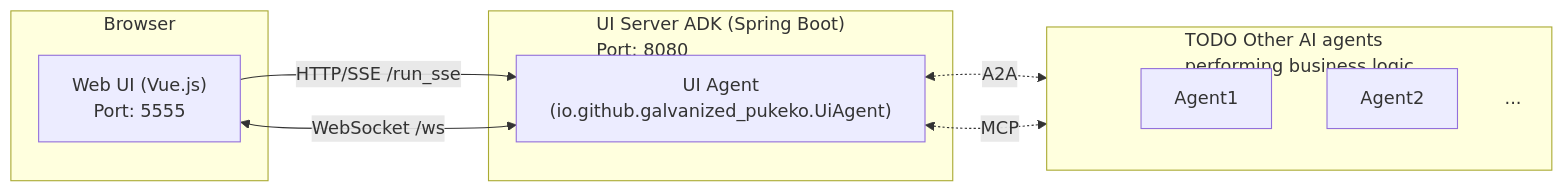
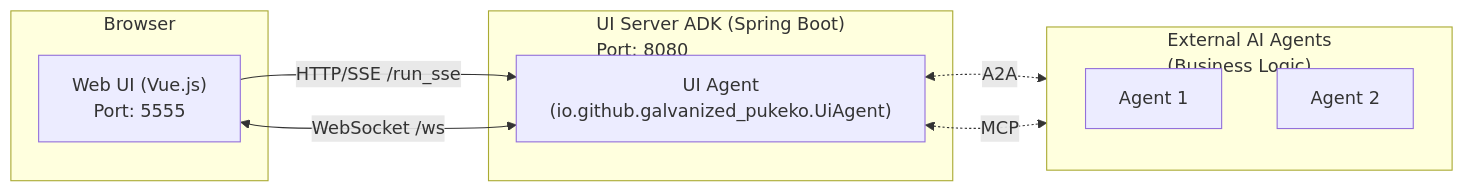
One commit to Galvanized-Pukeko/galvanized-pukeko-ai-ui changed the diagram in README.md. Above: the diagram before and after it, drawn with Mermaid. The commit also changed other lines of this file and 6 other files, not shown here.

````diff
--- a/README.md
+++ b/README.md
@@ -13,25 +33,21 @@
 ```mermaid
 graph LR
     subgraph Browser
         UI["Web UI (Vue.js)<br/>Port: 5555"]
     end
 
     subgraph Server["UI Server ADK (Spring Boot)<br/>Port: 8080"]
         UIAgent["UI Agent<br/>(io.github.galvanized_pukeko.UiAgent)"]
     end
-    
-    subgraph Agents["TODO Other AI agents<br/>performing business logic"]
+
+    subgraph Agents["External AI Agents<br/>(Business Logic)"]
         direction TB
-        spacer[" "]
-        style spacer fill:none,stroke:none,width:0px
-        Agent1
-        Agent2
-        etc["..."]
-        style etc fill:none,stroke:none,width:0px
+        Agent1["Agent 1"]
+        Agent2["Agent 2"]
     end
 
     UI -->|HTTP/SSE /run_sse| UIAgent
     UI <-->|WebSocket /ws| UIAgent
     UIAgent <-.->|A2A| Agent1
     UIAgent <-.->|MCP| Agent2
 ```
````
